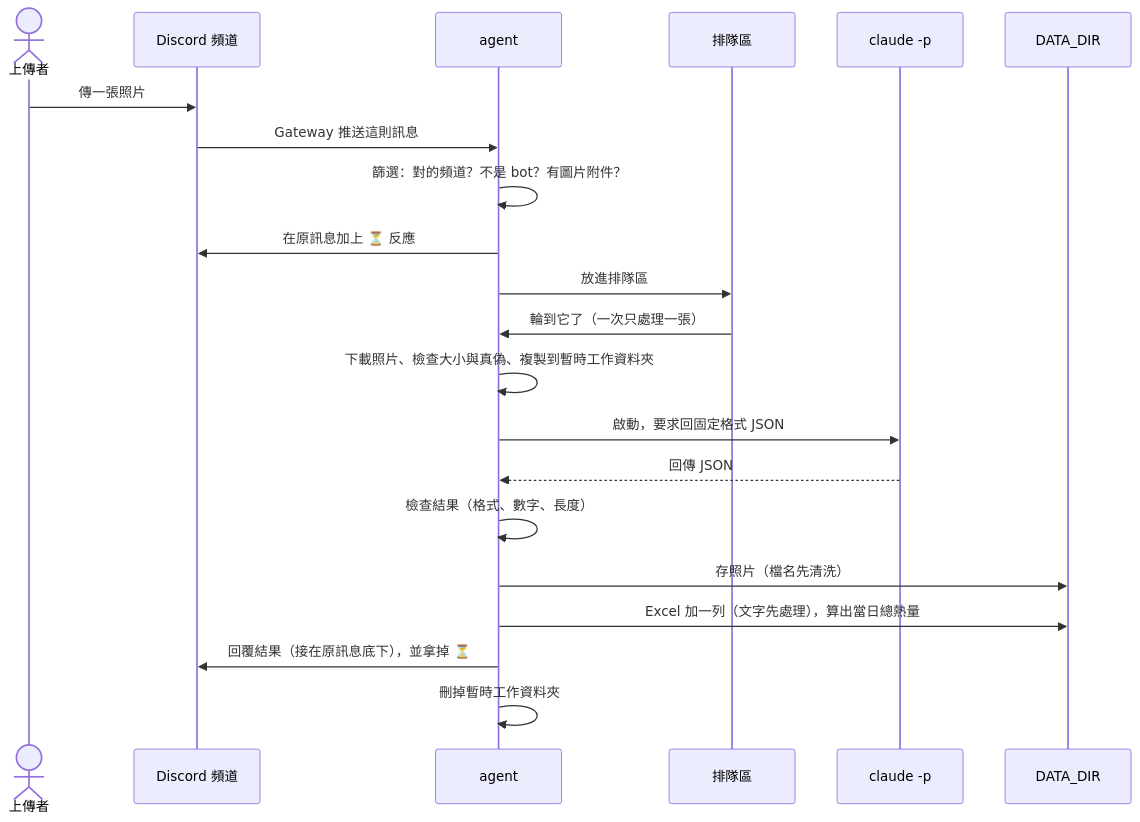
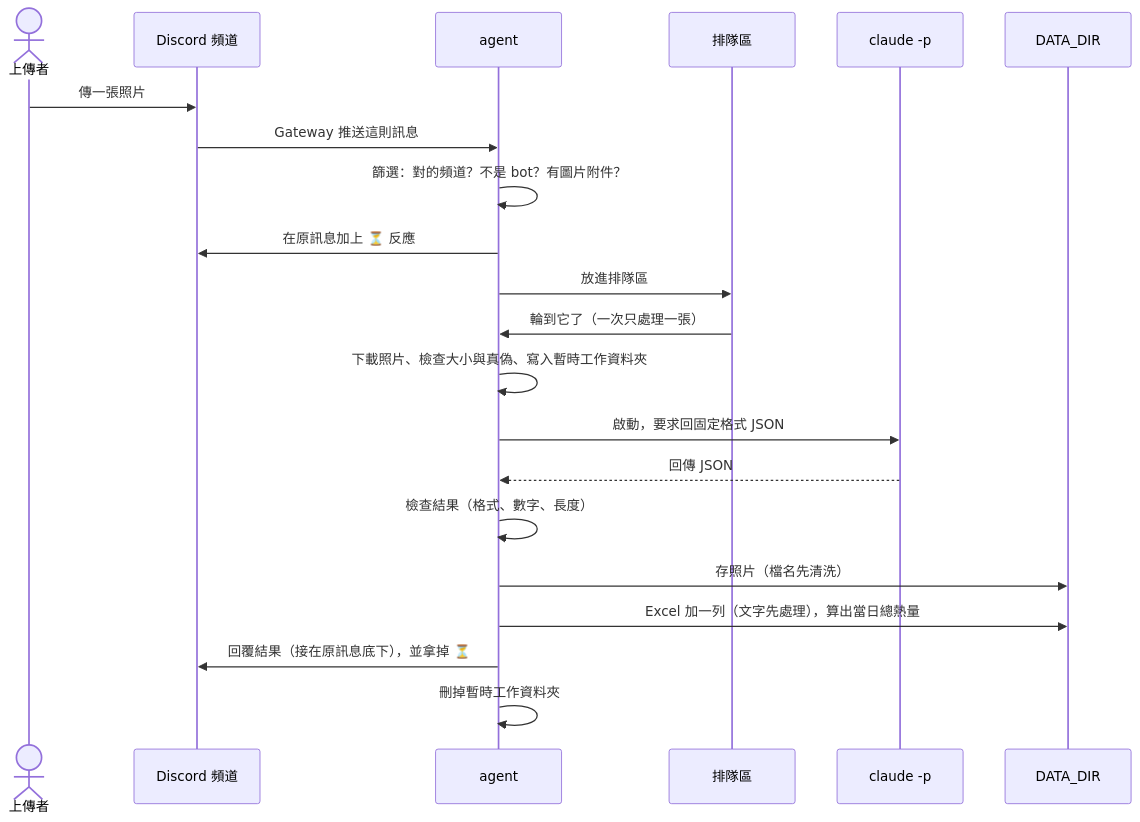
Before and after one commit to 411332052-spec/ch4: the second of 3 diagrams in docs/architecture.md, drawn with Mermaid. The commit also changed other lines of this file, not shown here.

Commit message:
docs: align architecture.md with implementation

````diff
--- a/docs/architecture.md
+++ b/docs/architecture.md
@@ -128,24 +127,24 @@
 ```mermaid
 sequenceDiagram
     actor U as 上傳者
     participant D as Discord 頻道
     participant A as agent
     participant Q as 排隊區
     participant CP as claude -p
     participant F as DATA_DIR
 
     U->>D: 傳一張照片
     D->>A: Gateway 推送這則訊息
     A->>A: 篩選：對的頻道？不是 bot？有圖片附件？
     A->>D: 在原訊息加上 ⏳ 反應
     A->>Q: 放進排隊區
     Q->>A: 輪到它了（一次只處理一張）
-    A->>A: 下載照片、檢查大小與真偽、複製到暫時工作資料夾
+    A->>A: 下載照片、檢查大小與真偽、寫入暫時工作資料夾
     A->>CP: 啟動，要求回固定格式 JSON
     CP-->>A: 回傳 JSON
     A->>A: 檢查結果（格式、數字、長度）
     A->>F: 存照片（檔名先清洗）
     A->>F: Excel 加一列（文字先處理），算出當日總熱量
     A->>D: 回覆結果（接在原訊息底下），並拿掉 ⏳
     A->>A: 刪掉暫時工作資料夾
 ```
````
